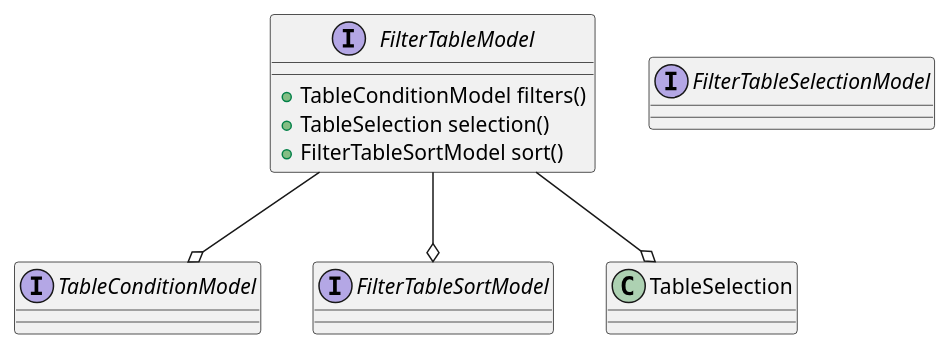
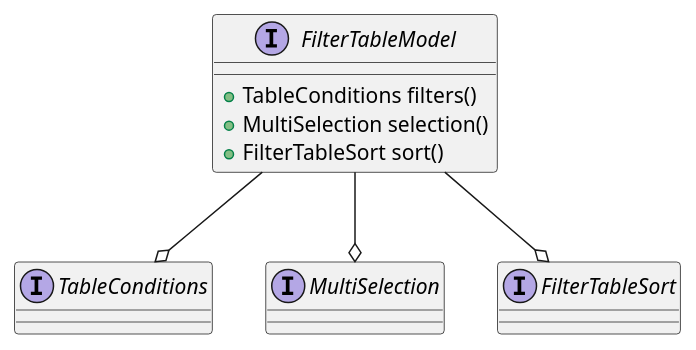
One commit to codion-is/codion changed the diagram in documentation/src/docs/asciidoc/manual/swing-common-model-table.adoc. Above: the diagram before and after it, drawn with PlantUML. The commit also changed 63 other files, not shown here.

Commit message:
TableConditionModel renamed TableConditions, tableConditionModel() renamed tableConditions() EntityTablePanel.condition() renamed conditions() EntityConditionModel renamed EntityConditions, EntityQueryModel.condition() renamed conditions()

```diff
--- a/documentation/src/docs/asciidoc/manual/swing-common-model-table.adoc
+++ b/documentation/src/docs/asciidoc/manual/swing-common-model-table.adoc
@@ -7,19 +7,19 @@
 [plantuml,filter-table-model-diagram,svg,align=center]
 -------------------------------------------
 
 interface FilterTableModel {
-    +TableConditionModel filters()
-    +TableSelection selection()
-    +FilterTableSortModel sort()
+    +TableConditions filters()
+    +MultiSelection selection()
+    +FilterTableSort sort()
 }
 
-interface TableConditionModel {}
+interface TableConditions {}
 
-interface FilterTableSelectionModel {}
+interface MultiSelection {}
 
-interface FilterTableSortModel {}
+interface FilterTableSort {}
 
-FilterTableModel --o TableConditionModel
-FilterTableModel --o TableSelection
-FilterTableModel --o FilterTableSortModel
+FilterTableModel --o TableConditions
+FilterTableModel --o MultiSelection
+FilterTableModel --o FilterTableSort
 -------------------------------------------
```
